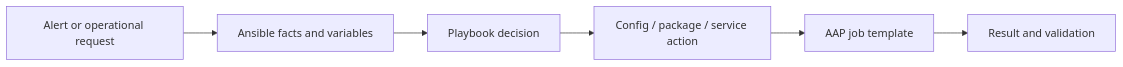
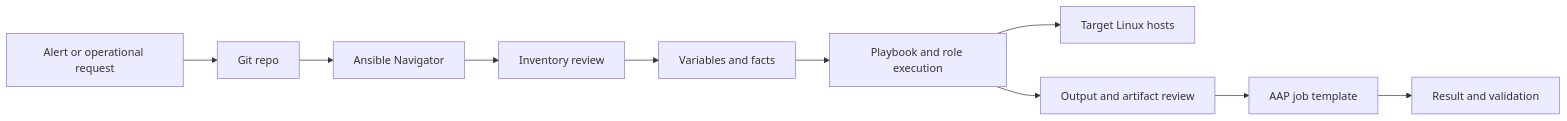
One commit to Ansible-workshop-ch/bootcamp changed the diagram in module09/final-use-case.md. Above: the diagram before and after it, drawn with Mermaid. The commit also changed other lines of this file, not shown here.

Commit message:
final use case with ansible inventory

````diff
--- a/module09/final-use-case.md
+++ b/module09/final-use-case.md
@@ -40,8 +85,12 @@
 ```mermaid
 flowchart LR
-    A[Alert or operational request] --> F[Ansible facts and variables]
-    F --> D[Playbook decision]
-    D --> ACT[Config / package / service action]
-    ACT --> JT[AAP job template]
-    JT --> R[Result and validation]
+    A[Alert or operational request] --> G[Git repo]
+    G --> N[Ansible Navigator]
+    N --> I[Inventory review]
+    I --> V[Variables and facts]
+    V --> P[Playbook and role execution]
+    P --> T[Target Linux hosts]
+    P --> O[Output and artifact review]
+    O --> AAP[AAP job template]
+    AAP --> R[Result and validation]
 ```
````
